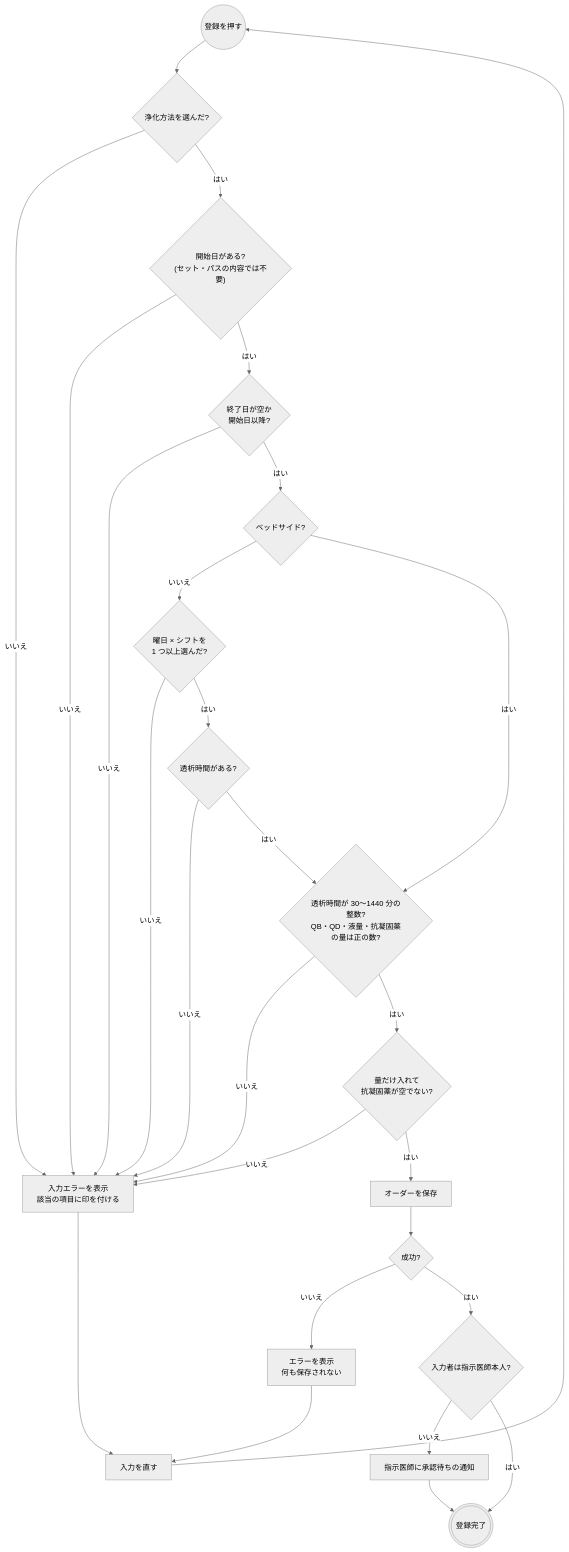
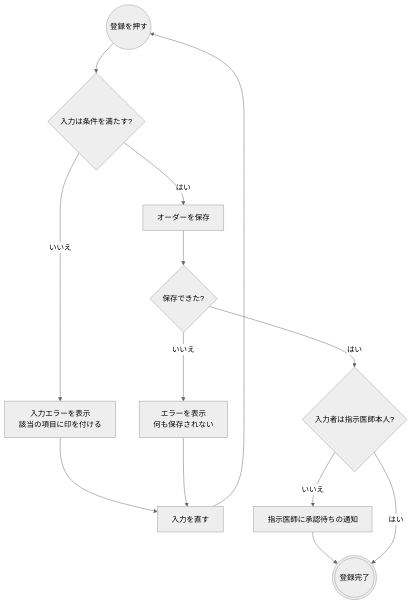
The second of 5 diagrams in docs/flows/dialysis.md (ysnr-dev/fhir-client-docs), drawn with Mermaid (neutral theme) before and after one commit. The commit also changed other lines of this file and 43 other files, not shown here.

Commit message:
docs: 業務フローとシーケンス図を写し直し

````diff
--- a/docs/flows/dialysis.md
+++ b/docs/flows/dialysis.md
@@ -99,43 +113,21 @@
 ```mermaid
 flowchart TD
   submit(("登録を押す"))
-  modality{"浄化方法を選んだ?"}
-  start{"開始日がある?<br/>(セット・パスの内容では不要)"}
-  end_q{"終了日が空か<br/>開始日以降?"}
-  bedside{"ベッドサイド?"}
-  pattern{"曜日 × シフトを<br/>1 つ以上選んだ?"}
-  duration{"透析時間がある?"}
-  range{"透析時間が 30〜1440 分の整数?<br/>QB・QD・液量・抗凝固薬の量は正の数?"}
-  anticoag{"量だけ入れて<br/>抗凝固薬が空でない?"}
+  check{"入力は条件を満たす?"}
   error["入力エラーを表示<br/>該当の項目に印を付ける"]
+  fix["入力を直す"]
   send["オーダーを保存"]
-  result{"成功?"}
+  result{"保存できた?"}
   failed["エラーを表示<br/>何も保存されない"]
   proxy{"入力者は指示医師本人?"}
   approval["指示医師に承認待ちの通知"]
   done((("登録完了")))
-  fix["入力を直す"]
 
-  submit --> modality
-  modality -- "いいえ" --> error
-  modality -- "はい" --> start
-  start -- "いいえ" --> error
-  start -- "はい" --> end_q
-  end_q -- "いいえ" --> error
-  end_q -- "はい" --> bedside
-  bedside -- "いいえ" --> pattern
-  pattern -- "いいえ" --> error
-  pattern -- "はい" --> duration
-  duration -- "いいえ" --> error
-  duration -- "はい" --> range
-  bedside -- "はい" --> range
-  range -- "いいえ" --> error
-  range -- "はい" --> anticoag
-  anticoag -- "いいえ" --> error
-  anticoag -- "はい" --> send --> result
+  submit --> check
+  check -- "いいえ" --> error --> fix --> submit
+  check -- "はい" --> send --> result
   result -- "いいえ" --> failed --> fix
   result -- "はい" --> proxy
   proxy -- "いいえ" --> approval --> done
   proxy -- "はい" --> done
-  error --> fix --> submit
 ```
````
